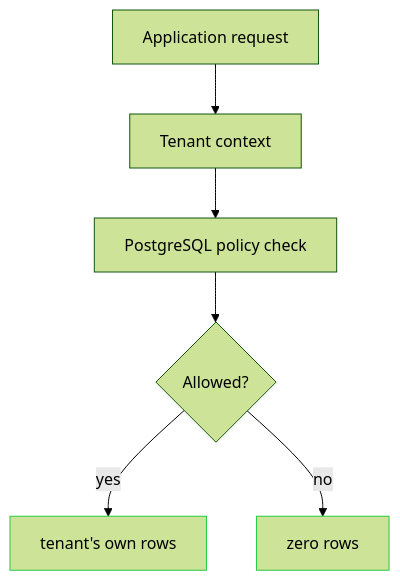
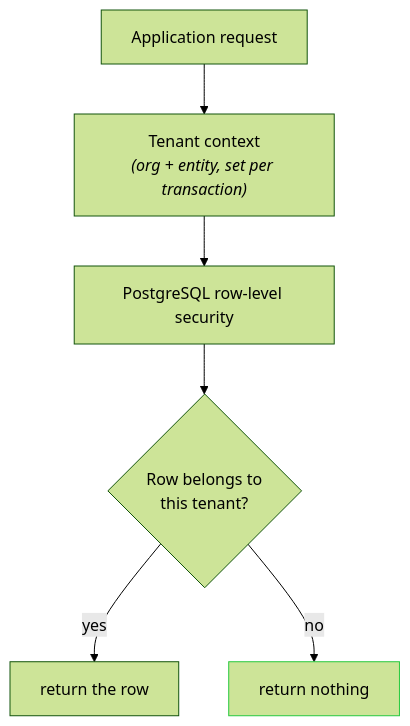
One commit to Sebastian-O-Rodriguez/showcase-pmlad changed the second of 2 diagrams in README.md. Above: the diagram before and after it, drawn with Mermaid (forest theme). The commit also changed other lines of this file, not shown here.

Commit message:
docs: rewrite README as product + tenant-isolation case study

````diff
--- a/README.md
+++ b/README.md
@@ -13,10 +57,9 @@
 ```mermaid
 flowchart TB
-    REQ["Application request"] --> CTX["Tenant context"]
-    CTX --> POL["PostgreSQL policy check"]
-    POL --> Q{"Allowed?"}
-    Q -->|yes| OK["tenant's own rows"]
-    Q -->|no| DENY["zero rows"]
-    style OK stroke:#27c93f
+    REQ["Application request"] --> CTX["Tenant context<br/><i>(org + entity, set per transaction)</i>"]
+    CTX --> POL["PostgreSQL row-level security"]
+    POL --> Q{"Row belongs to<br/>this tenant?"}
+    Q -->|"yes"| OK["return the row"]
+    Q -->|"no"| DENY["return nothing"]
     style DENY stroke:#27c93f
 ```
````
